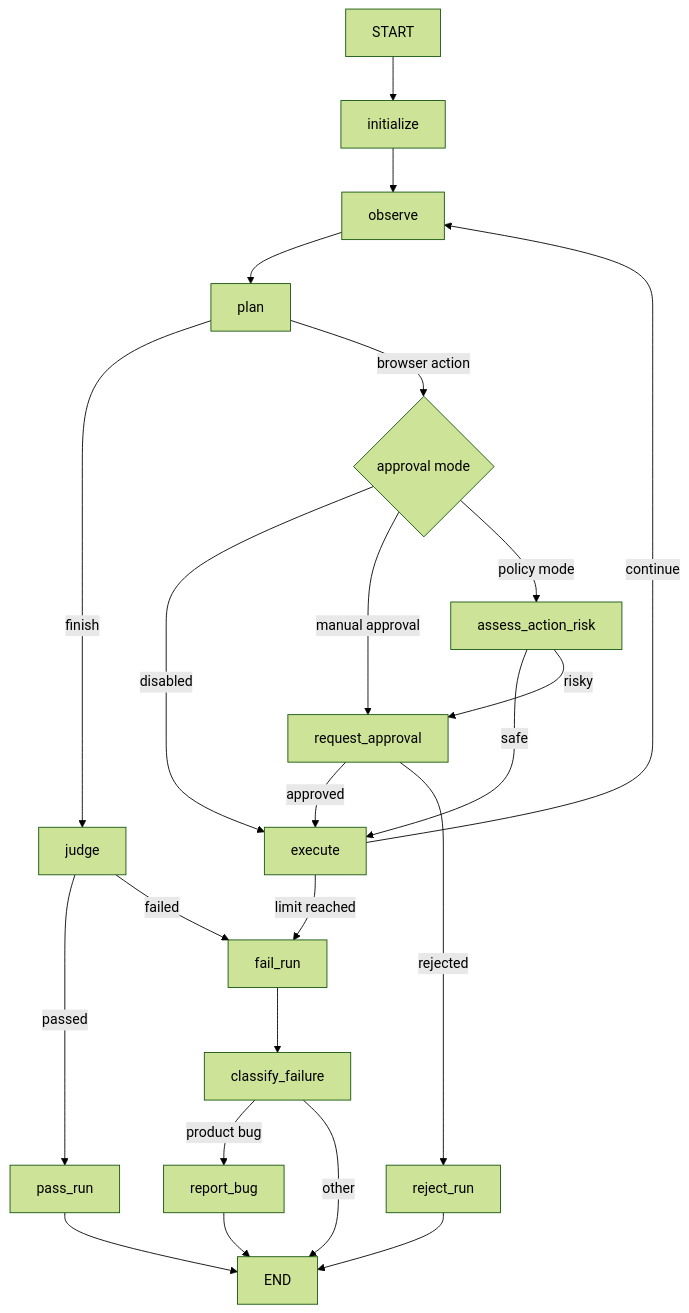
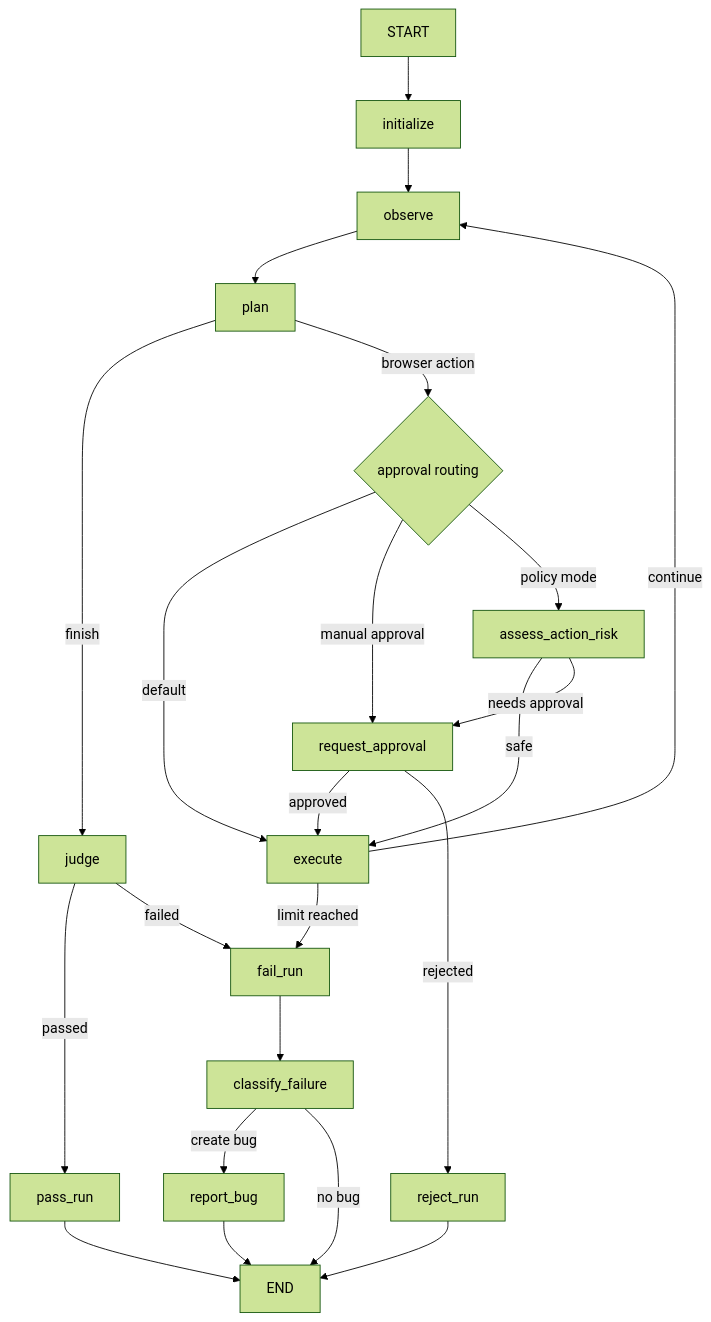
One commit to Nikolay2048/ui-browser-agent changed the second of 2 diagrams in docs/architecture.md. Above: the diagram before and after it, drawn with Mermaid (forest theme). The commit also changed other lines of this file and 12 other files, not shown here.

````diff
--- a/docs/architecture.md
+++ b/docs/architecture.md
@@ -153,25 +245,33 @@
 ```mermaid
 flowchart TD
     START["START"] --> INIT["initialize"]
     INIT --> OBSERVE["observe"]
     OBSERVE --> PLAN["plan"]
+
     PLAN -->|"finish"| JUDGE["judge"]
-    PLAN -->|"browser action"| APPROVAL{"approval mode"}
-    APPROVAL -->|"disabled"| EXECUTE["execute"]
-    APPROVAL -->|"manual approval"| REQUEST["request_approval"]
-    APPROVAL -->|"policy mode"| RISK["assess_action_risk"]
+    PLAN -->|"browser action"| APPROVAL_ROUTE{"approval routing"}
+
+    APPROVAL_ROUTE -->|"default"| EXECUTE["execute"]
+    APPROVAL_ROUTE -->|"manual approval"| REQUEST["request_approval"]
+    APPROVAL_ROUTE -->|"policy mode"| RISK["assess_action_risk"]
+
     RISK -->|"safe"| EXECUTE
-    RISK -->|"risky"| REQUEST
+    RISK -->|"needs approval"| REQUEST
+
     REQUEST -->|"approved"| EXECUTE
     REQUEST -->|"rejected"| REJECT["reject_run"]
+
     EXECUTE -->|"continue"| OBSERVE
     EXECUTE -->|"limit reached"| FAIL["fail_run"]
+
     JUDGE -->|"passed"| PASS["pass_run"]
     JUDGE -->|"failed"| FAIL
+
     FAIL --> CLASSIFY["classify_failure"]
-    CLASSIFY -->|"product bug"| REPORT["report_bug"]
-    CLASSIFY -->|"other"| END["END"]
-    REPORT --> END
+    CLASSIFY -->|"create bug"| BUG["report_bug"]
+    CLASSIFY -->|"no bug"| END["END"]
+
+    BUG --> END
+    PASS --> END
     REJECT --> END
-    PASS --> END
 ```
````
